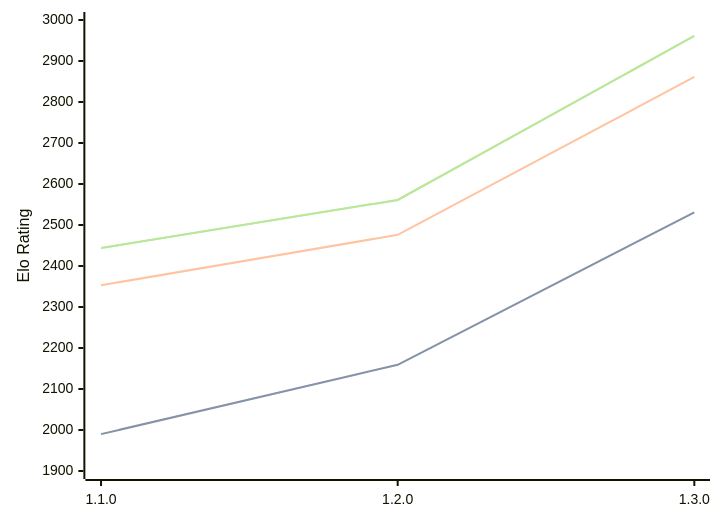
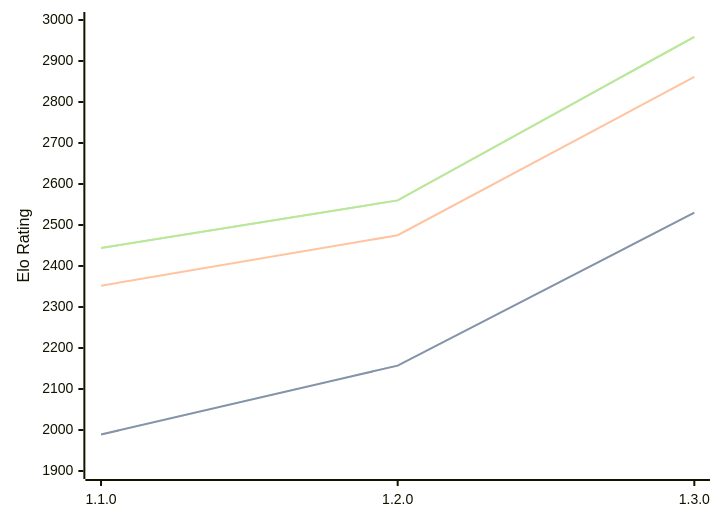
The diagram in engines/Gyatso.md (computer-chess-index/cci), drawn with Mermaid before and after one commit. The commit also changed other lines of this file, not shown here.

Commit message:
Update CCI Ratings (ELO VLTC) - 2026-04-17

````diff
--- a/engines/Gyatso.md
+++ b/engines/Gyatso.md
@@ -34,11 +34,11 @@
 ```mermaid
 %%{init: {"theme":"base","themeVariables":{"seriesColors:['#a3a3a3','#222221','#faa371']}}}%%
 xychart-beta
   x-axis ["1.1.0", "1.2.0", "1.3.0"]
   y-axis "Elo Rating" 1900 --> 3000
-  line "STC (8.0+0.08s)" [1990, 2159, 2531]
-  line "STC (8.0+0.08s)" [1990, 2159, 2531]
-  line "LTC (60.0+0.60s)" [2353, 2476, 2861]
-  line "VLTC (2m24s+1.12s)" [2444, 2561, 2961]
-  line "VLTC (2m24s+1.12s)" [2444, 2561, 2961]
+  line "STC (8.0+0.08s)" [1989, 2157, 2530]
+  line "STC (8.0+0.08s)" [1989, 2157, 2530]
+  line "LTC (60.0+0.60s)" [2352, 2475, 2861]
+  line "VLTC (2m24s+1.12s)" [2444, 2560, 2959]
+  line "VLTC (2m24s+1.12s)" [2444, 2560, 2959]
 ```
````
